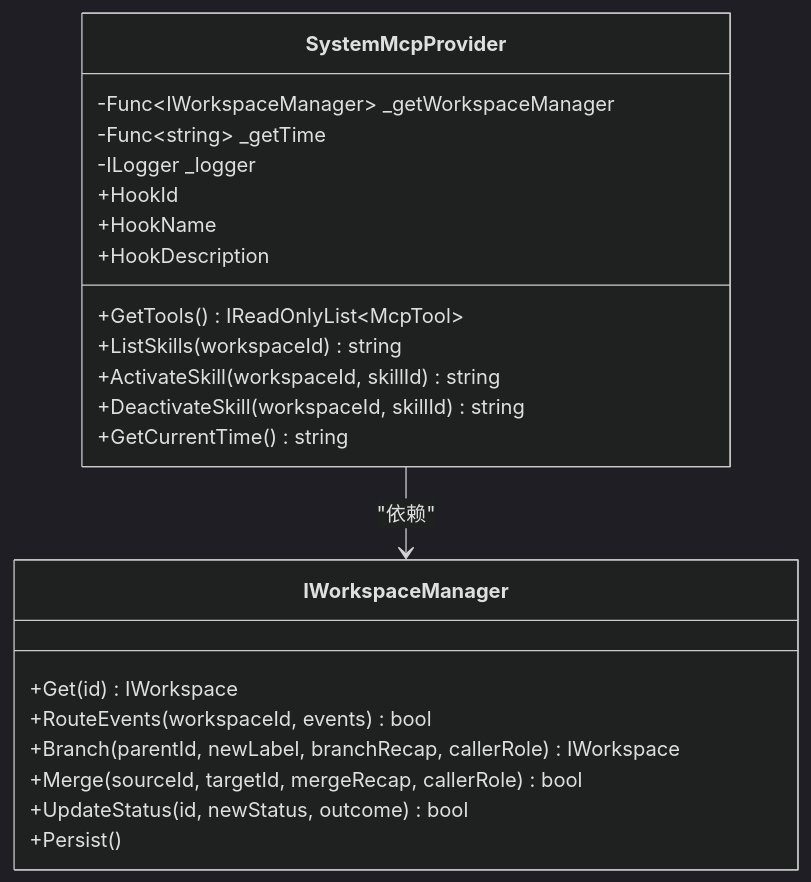
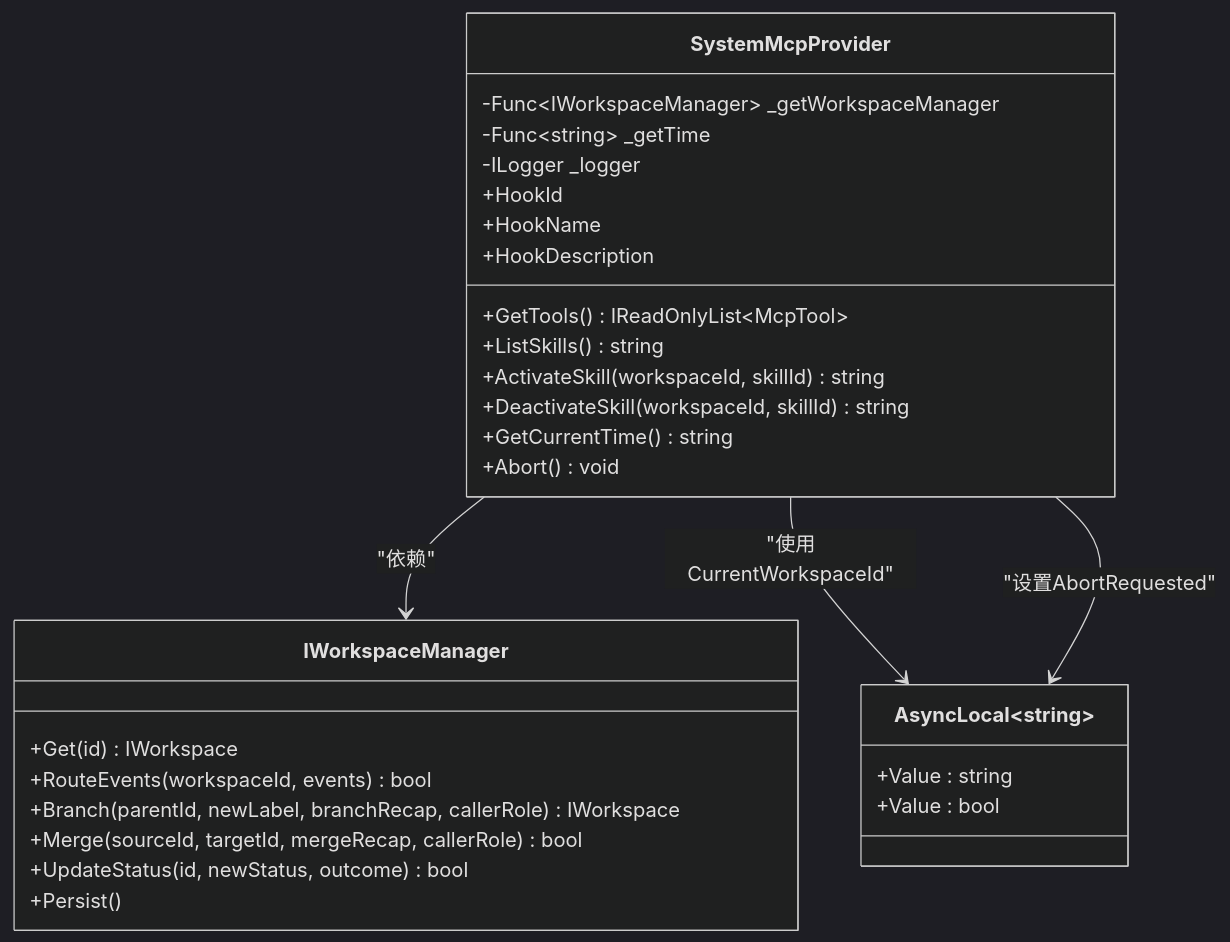
Before and after one commit to suzvka/NPCLife: the fourth of 7 diagrams in .qoder/repowiki/zh/content/基础设施实现/MCP提供者.md, drawn with Mermaid (dark theme). The commit also changed other lines of this file and 25 other files, not shown here.

````diff
--- a/.qoder/repowiki/zh/content/基础设施实现/MCP提供者.md
+++ b/.qoder/repowiki/zh/content/基础设施实现/MCP提供者.md
@@ -213,25 +232,34 @@
 ```mermaid
 classDiagram
 class SystemMcpProvider {
 -Func~IWorkspaceManager~ _getWorkspaceManager
 -Func~string~ _getTime
 -ILogger _logger
 +HookId
 +HookName
 +HookDescription
 +GetTools() IReadOnlyList~McpTool~
-+ListSkills(workspaceId) string
++ListSkills() string
 +ActivateSkill(workspaceId, skillId) string
 +DeactivateSkill(workspaceId, skillId) string
 +GetCurrentTime() string
++Abort() void
 }
 class IWorkspaceManager {
 +Get(id) IWorkspace
 +RouteEvents(workspaceId, events) bool
 +Branch(parentId, newLabel, branchRecap, callerRole) IWorkspace
 +Merge(sourceId, targetId, mergeRecap, callerRole) bool
 +UpdateStatus(id, newStatus, outcome) bool
 +Persist()
 }
+class AsyncLocal~string~ {
++Value : string
+}
+class AsyncLocal~bool~ {
++Value : bool
+}
 SystemMcpProvider --> IWorkspaceManager : "依赖"
+SystemMcpProvider --> AsyncLocal~string~ : "使用CurrentWorkspaceId"
+SystemMcpProvider --> AsyncLocal~bool~ : "设置AbortRequested"
 ```
````
